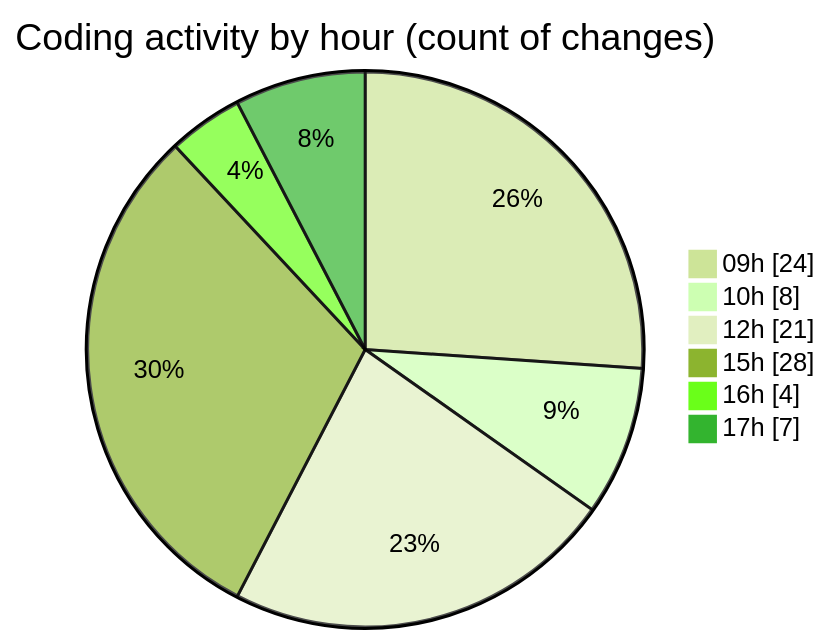
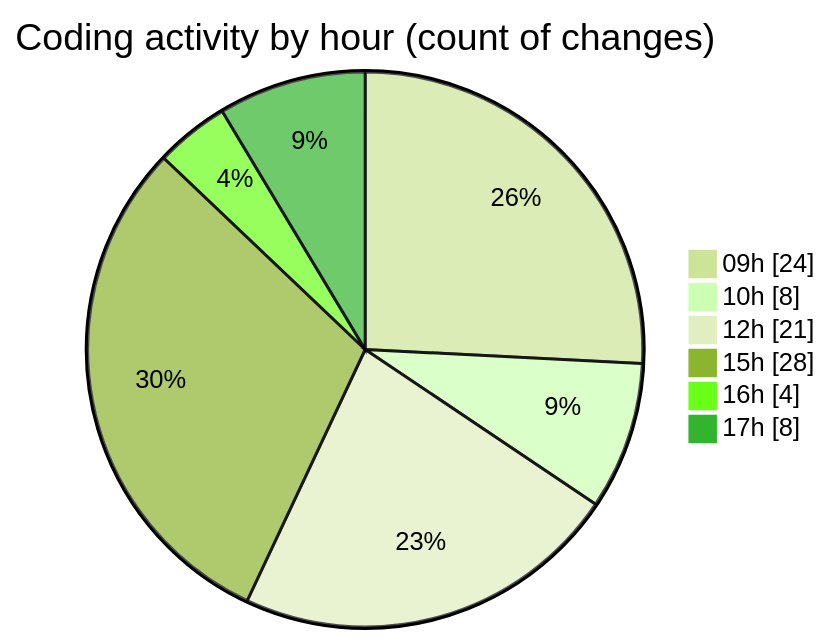
The second of 2 diagrams in 2025-08-18/rentotp/README.md (lephambinh05/code-tracking), drawn with Mermaid (forest theme) before and after one commit. The commit also changed other lines of this file and 1 other file, not shown here.

````diff
--- a/2025-08-18/rentotp/README.md
+++ b/2025-08-18/rentotp/README.md
@@ -63,10 +63,10 @@
 ```mermaid
 pie showData
 title Coding activity by hour (count of changes)
 "09h" : 24
 "10h" : 8
 "12h" : 21
 "15h" : 28
 "16h" : 4
-"17h" : 7
+"17h" : 8
 ```
````
